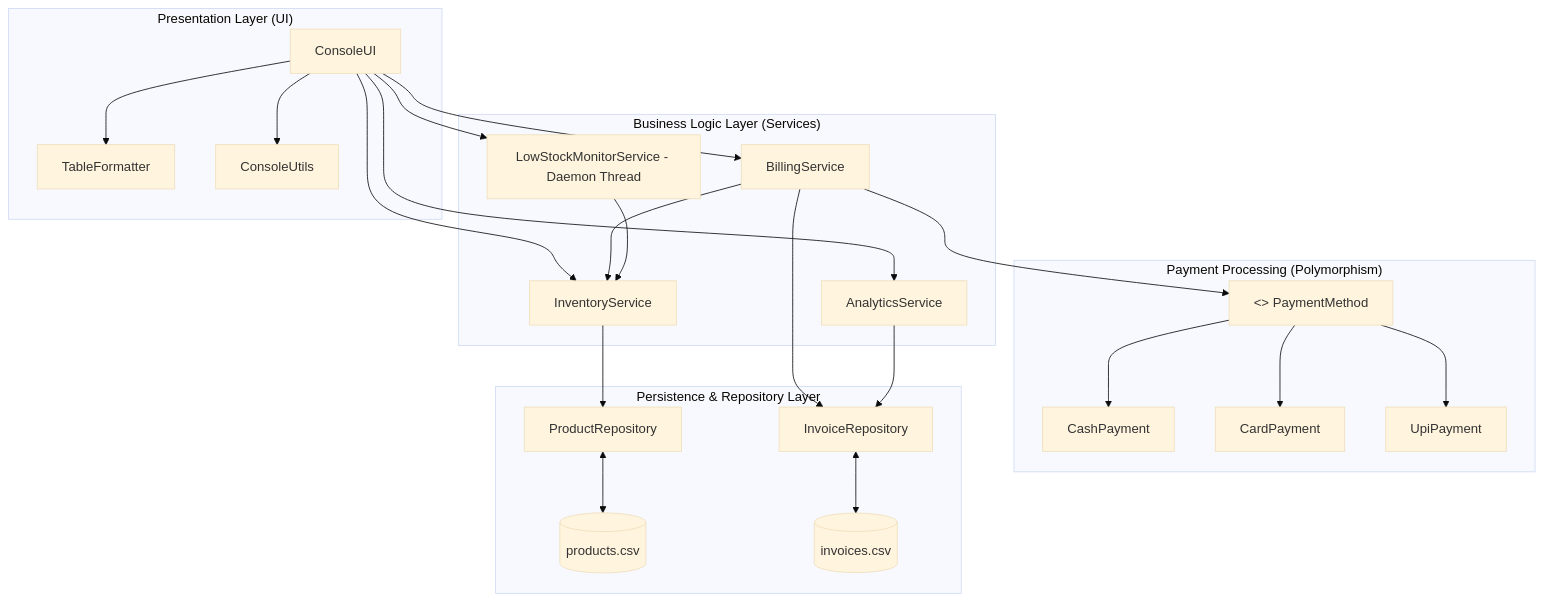
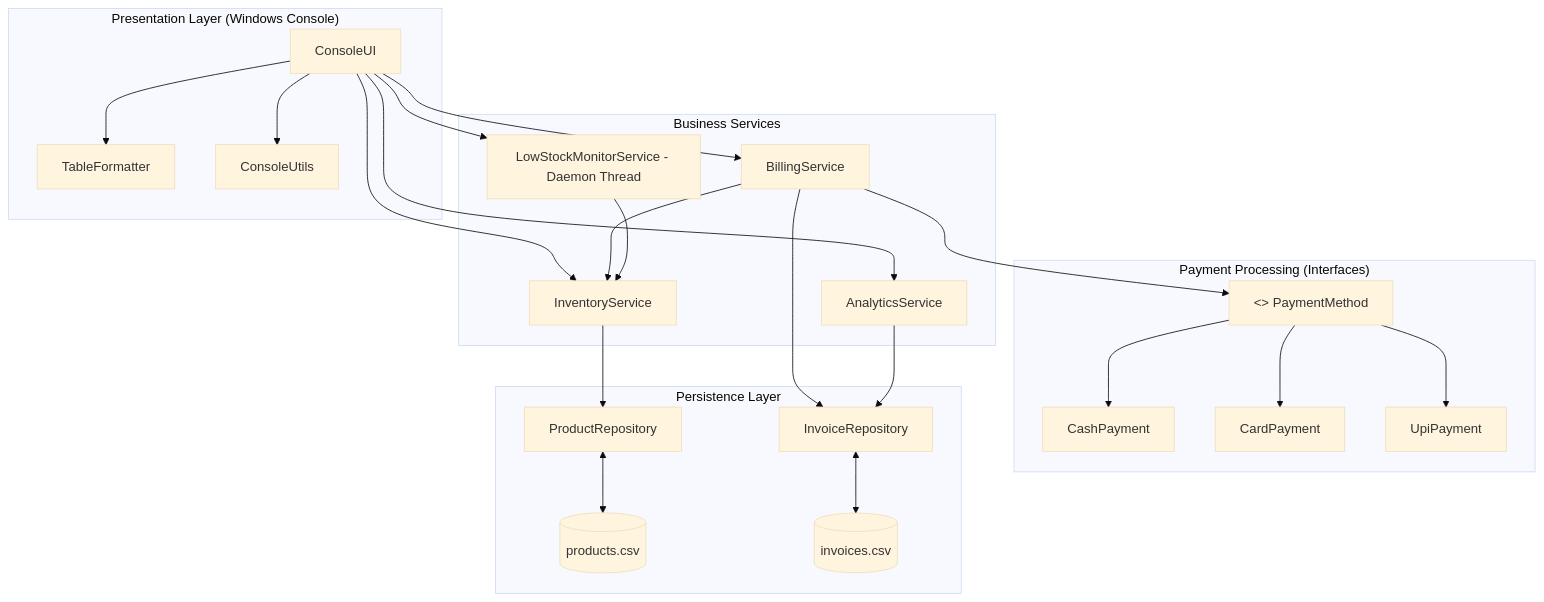
Before and after one commit to jayant25bai11172-pixel/smart-inventory-billing-system: the first of 6 diagrams in PROJECT_REPORT.md, drawn with Mermaid (base theme). The commit also changed other lines of this file and 2 other files, not shown here.

````diff
--- a/PROJECT_REPORT.md
+++ b/PROJECT_REPORT.md
@@ -93,49 +104,49 @@
 ```mermaid
 graph TD
-    subgraph Presentation_Layer ["Presentation Layer (UI)"]
+    subgraph Presentation_Layer ["Presentation Layer (Windows Console)"]
         UI[ConsoleUI]
         TF[TableFormatter]
         CU[ConsoleUtils]
     end
 
-    subgraph Service_Layer ["Business Logic Layer (Services)"]
+    subgraph Service_Layer ["Business Services"]
         IS[InventoryService]
         BS[BillingService]
         AS[AnalyticsService]
         LS[LowStockMonitorService - Daemon Thread]
     end
 
-    subgraph Payment_Layer ["Payment Processing (Polymorphism)"]
+    subgraph Payment_Layer ["Payment Processing (Interfaces)"]
         PM[<<Interface>> PaymentMethod]
         CP[CashPayment]
         CD[CardPayment]
         UP[UpiPayment]
         PM --> CP
         PM --> CD
         PM --> UP
     end
 
-    subgraph Data_Layer ["Persistence & Repository Layer"]
+    subgraph Data_Layer ["Persistence Layer"]
         PR[ProductRepository]
         IR[InvoiceRepository]
         PCSV[(products.csv)]
         ICSV[(invoices.csv)]
     end
 
     UI --> IS
     UI --> BS
     UI --> AS
     UI --> LS
     UI --> TF
     UI --> CU
 
     BS --> IS
     BS --> PM
     BS --> IR
     IS --> PR
     AS --> IR
     LS --> IS
 
     PR <--> PCSV
     IR <--> ICSV
 ```
````
